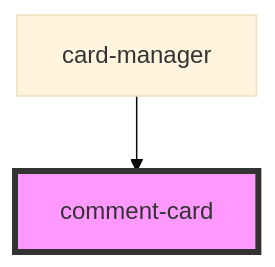
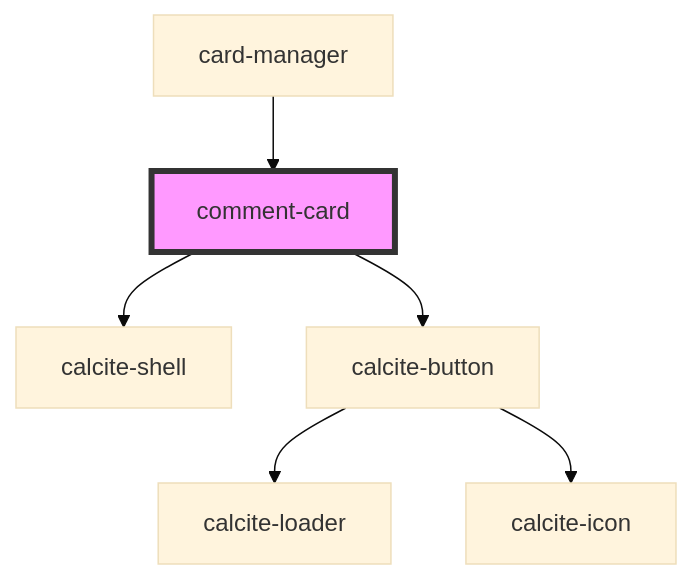
One commit to Esri/solutions-components changed the diagram in src/components/comment-card/readme.md. Above: the diagram before and after it, drawn with Mermaid (base theme). The commit also changed other lines of this file and 5 other files, not shown here.

Commit message:
start comment card

````diff
--- a/src/components/comment-card/readme.md
+++ b/src/components/comment-card/readme.md
@@ -22,5 +28,9 @@
 ```mermaid
 graph TD;
+  comment-card --> calcite-shell
+  comment-card --> calcite-button
+  calcite-button --> calcite-loader
+  calcite-button --> calcite-icon
   card-manager --> comment-card
   style comment-card fill:#f9f,stroke:#333,stroke-width:4px
 ```
````
